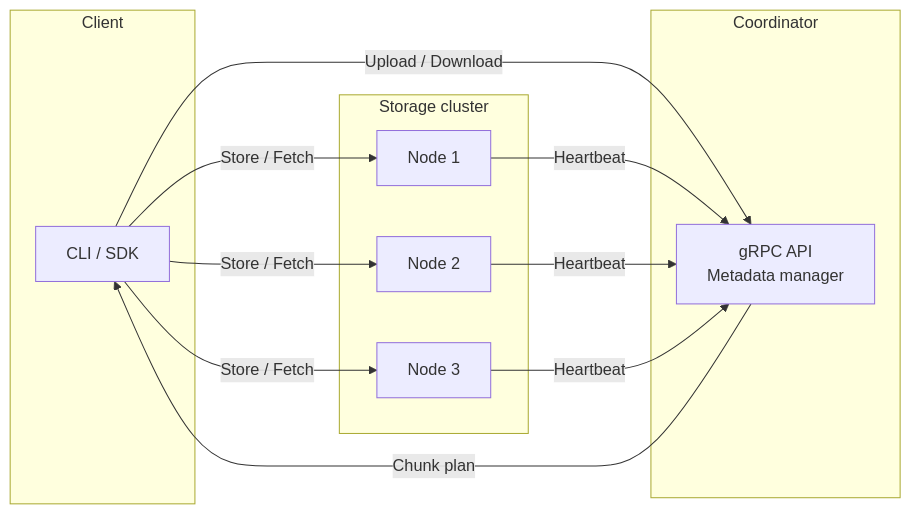
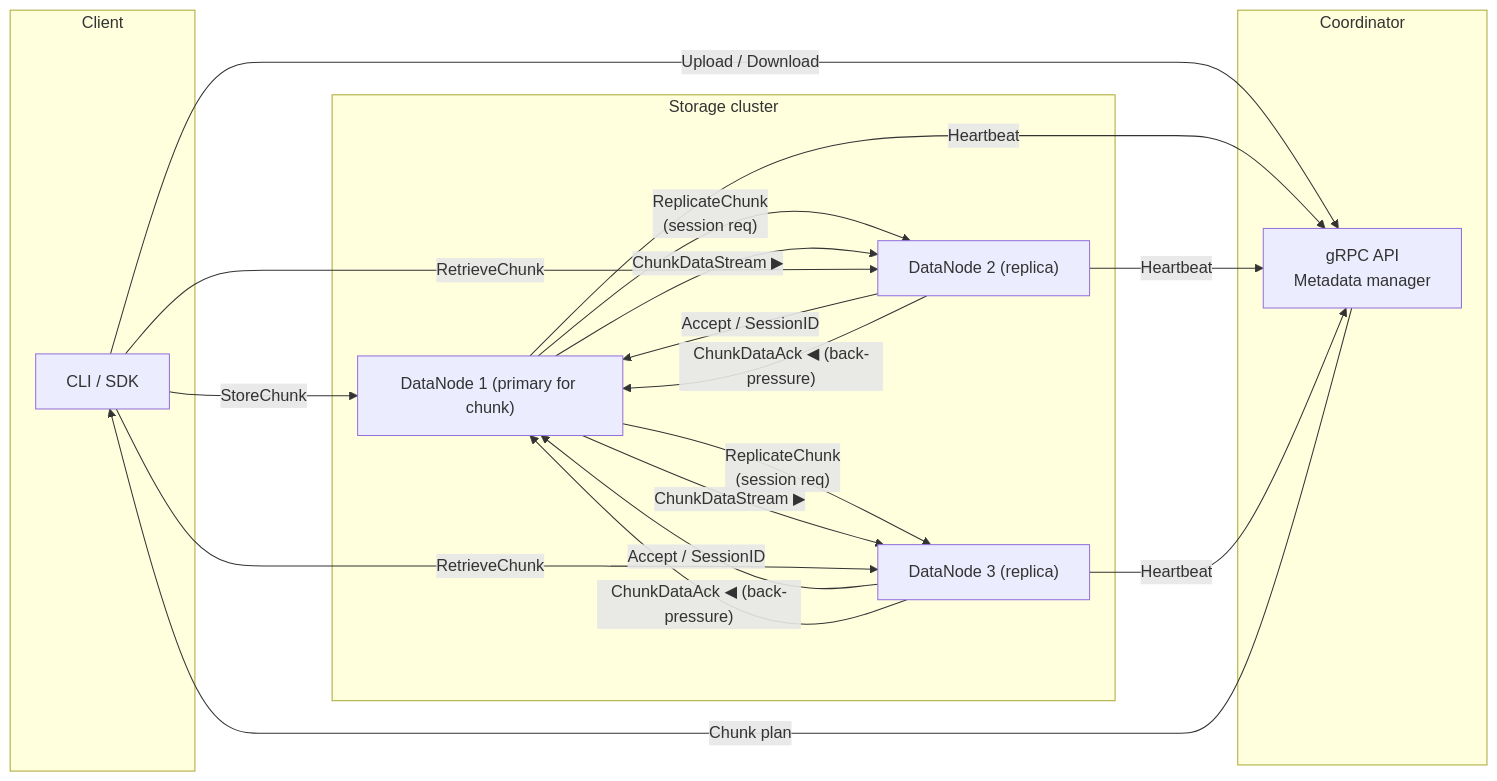
Before and after one commit to mochivi/distributed-file-system: the diagram in README.md, drawn with Mermaid. The commit also changed other lines of this file, not shown here.

Commit message:
readme.md

````diff
--- a/README.md
+++ b/README.md
@@ -13,25 +13,45 @@
 ```mermaid
 flowchart LR
     subgraph "Client"
         A["CLI / SDK"]
     end
 
     subgraph "Coordinator"
         C1["gRPC API<br/>Metadata manager"]
     end
 
     subgraph "Storage cluster"
-        DN1["Node 1"]
-        DN2["Node 2"]
-        DN3["Node 3"]
+        DN1["DataNode 1 (primary for chunk)"]
+        DN2["DataNode 2 (replica)"]
+        DN3["DataNode 3 (replica)"]
     end
 
     A -- "Upload / Download" --> C1
     C1 -- "Chunk plan" --> A
-    A -- "Store / Fetch" --> DN1
-    A -- "Store / Fetch" --> DN2
-    A -- "Store / Fetch" --> DN3
+
+    %% Client uploads chunks to primary
+    A -- "StoreChunk" --> DN1
+
+    %% Primary negotiates replication session (request / accept)
+    DN1 -- "ReplicateChunk<br/>(session req)" --> DN2
+    DN2 -- "Accept / SessionID" --> DN1
+
+    DN1 -- "ReplicateChunk<br/>(session req)" --> DN3
+    DN3 -- "Accept / SessionID" --> DN1
+
+    %% Streaming data with flow-control
+    DN1 -- "ChunkDataStream ▶" --> DN2
+    DN2 -- "ChunkDataAck ◀ (back-pressure)" --> DN1
+
+    DN1 -- "ChunkDataStream ▶" --> DN3
+    DN3 -- "ChunkDataAck ◀ (back-pressure)" --> DN1
+
+    %% Any node can serve reads
+    A -- "RetrieveChunk" --> DN2
+    A -- "RetrieveChunk" --> DN3
+
+    %% Health-checks
     DN1 -- "Heartbeat" --> C1
     DN2 -- "Heartbeat" --> C1
     DN3 -- "Heartbeat" --> C1
 ```
````
